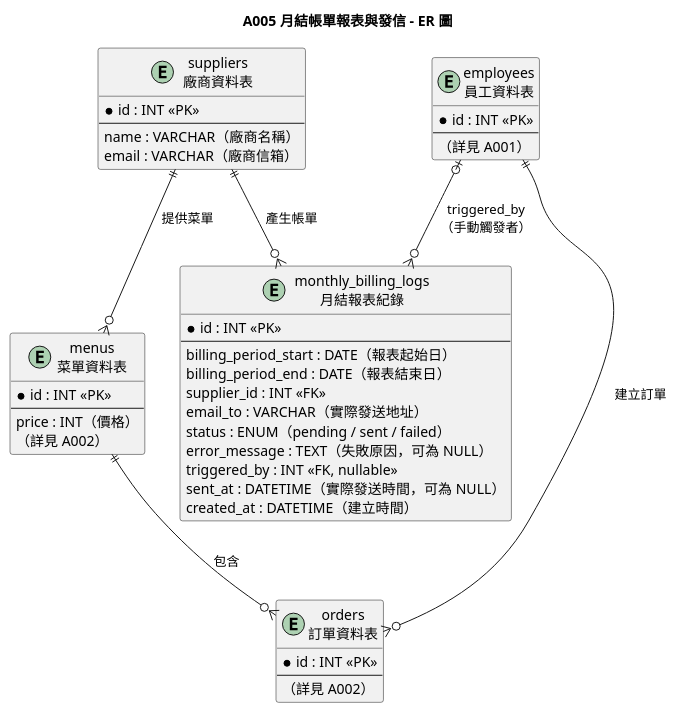
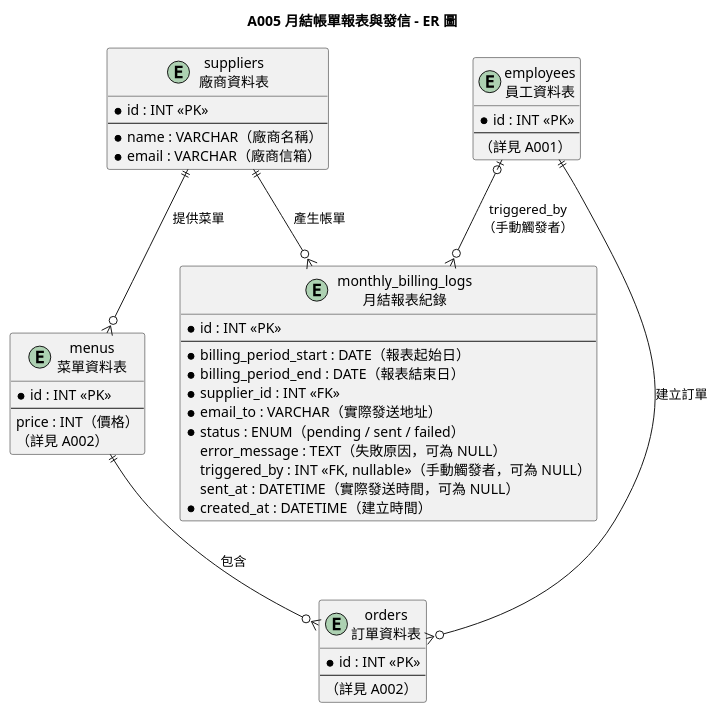
One commit to teyhawzhe/bento-uml changed the diagram in output/A005/A005-er.puml. Above: the diagram before and after it, drawn with PlantUML. The commit also changed 8 other files, not shown here.

```diff
--- a/output/A005/A005-er.puml
+++ b/output/A005/A005-er.puml
@@ -1,50 +1,50 @@
 @startuml A005-er
 
 title A005 月結帳單報表與發信 - ER 圖
 
 entity "suppliers\n廠商資料表" as suppliers {
   * id : INT <<PK>>
   --
-  name : VARCHAR（廠商名稱）
-  email : VARCHAR（廠商信箱）
+  * name : VARCHAR（廠商名稱）
+  * email : VARCHAR（廠商信箱）
 }
 
 entity "monthly_billing_logs\n月結報表紀錄" as monthly_billing_logs {
   * id : INT <<PK>>
   --
-  billing_period_start : DATE（報表起始日）
-  billing_period_end : DATE（報表結束日）
-  supplier_id : INT <<FK>>
-  email_to : VARCHAR（實際發送地址）
-  status : ENUM（pending / sent / failed）
+  * billing_period_start : DATE（報表起始日）
+  * billing_period_end : DATE（報表結束日）
+  * supplier_id : INT <<FK>>
+  * email_to : VARCHAR（實際發送地址）
+  * status : ENUM（pending / sent / failed）
   error_message : TEXT（失敗原因，可為 NULL）
-  triggered_by : INT <<FK, nullable>>
+  triggered_by : INT <<FK, nullable>>（手動觸發者，可為 NULL）
   sent_at : DATETIME（實際發送時間，可為 NULL）
-  created_at : DATETIME（建立時間）
+  * created_at : DATETIME（建立時間）
 }
 
 entity "orders\n訂單資料表" as orders {
   * id : INT <<PK>>
   --
   （詳見 A002）
 }
 
 entity "menus\n菜單資料表" as menus {
   * id : INT <<PK>>
   --
   price : INT（價格）\n（詳見 A002）
 }
 
 entity "employees\n員工資料表" as employees {
   * id : INT <<PK>>
   --
   （詳見 A001）
 }
 
 suppliers ||--o{ monthly_billing_logs : "產生帳單"
 employees |o--o{ monthly_billing_logs : "triggered_by\n（手動觸發者）"
 suppliers ||--o{ menus : "提供菜單"
 employees ||--o{ orders : "建立訂單"
 menus ||--o{ orders : "包含"
 
 @enduml
```
